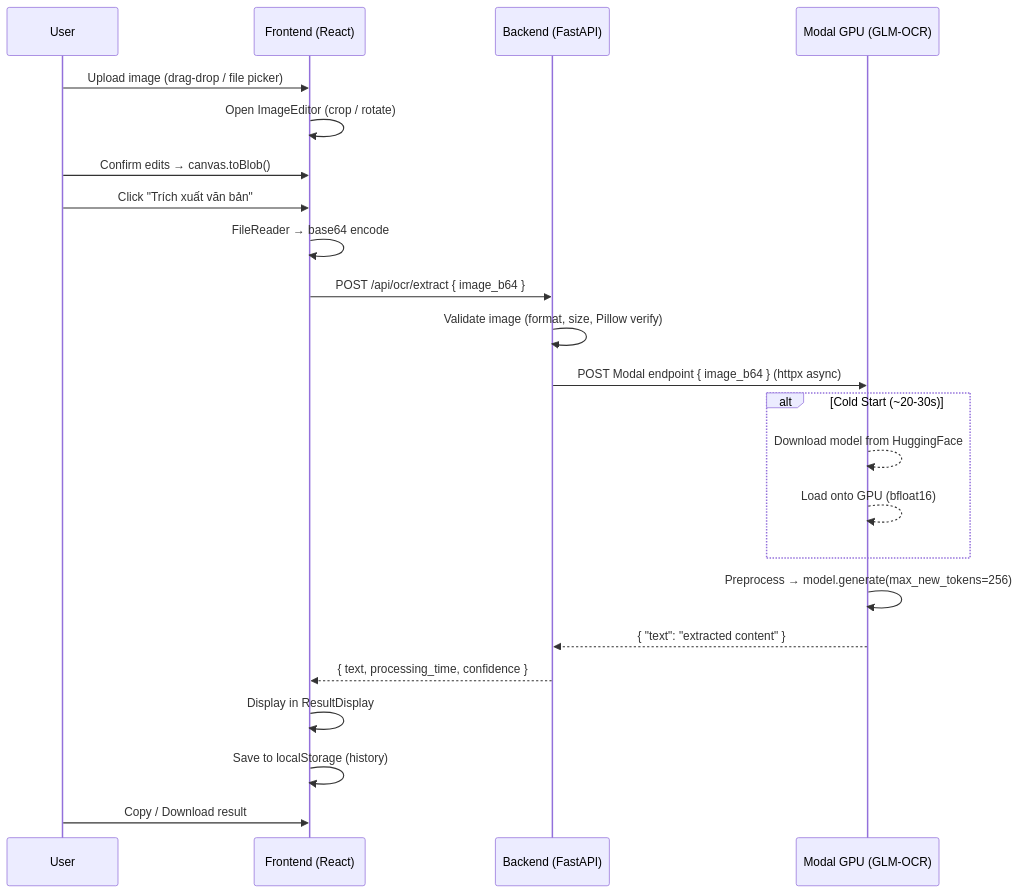
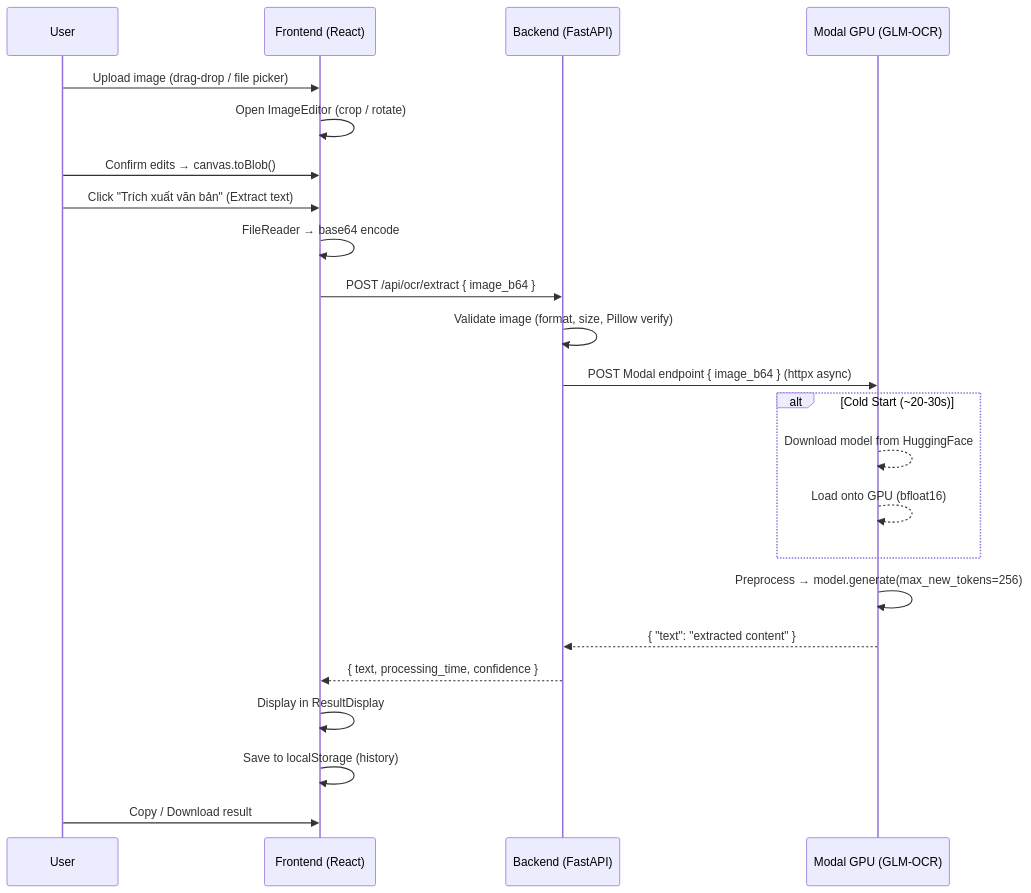
One commit to KuongB/glm-ocr-vietnamese changed the diagram in README.md. Above: the diagram before and after it, drawn with Mermaid. The commit also changed other lines of this file and 13 other files, not shown here.

````diff
--- a/README.md
+++ b/README.md
@@ -133,28 +133,28 @@
 ```mermaid
 sequenceDiagram
     participant U as User
     participant FE as Frontend (React)
     participant BE as Backend (FastAPI)
     participant M as Modal GPU (GLM-OCR)
 
     U->>FE: Upload image (drag-drop / file picker)
     FE->>FE: Open ImageEditor (crop / rotate)
     U->>FE: Confirm edits → canvas.toBlob()
-    U->>FE: Click "Trích xuất văn bản"
+    U->>FE: Click "Trích xuất văn bản" (Extract text)
     FE->>FE: FileReader → base64 encode
     FE->>BE: POST /api/ocr/extract { image_b64 }
     BE->>BE: Validate image (format, size, Pillow verify)
     BE->>M: POST Modal endpoint { image_b64 } (httpx async)
 
     alt Cold Start (~20-30s)
         M-->>M: Download model from HuggingFace
         M-->>M: Load onto GPU (bfloat16)
     end
 
     M->>M: Preprocess → model.generate(max_new_tokens=256)
     M-->>BE: { "text": "extracted content" }
     BE-->>FE: { text, processing_time, confidence }
     FE->>FE: Display in ResultDisplay
     FE->>FE: Save to localStorage (history)
     U->>FE: Copy / Download result
 ```
````
